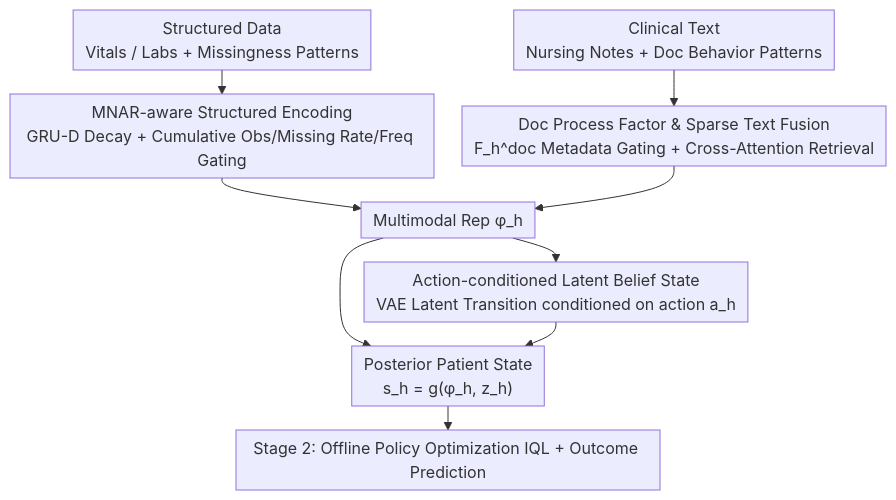
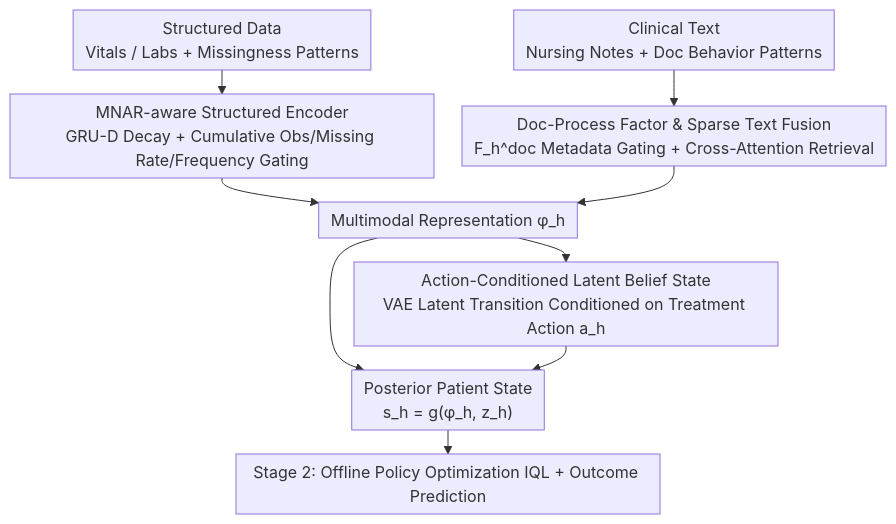
One commit to zhaoyang97/Paper-Notes-en changed the diagram in docs/ACL2026/medical_nlp/learning_dynamic_representations_and_policies_from_multimodal_clinical_time-seri.md. Above: the diagram before and after it, drawn with Mermaid. The commit also changed other lines of this file and 5084 other files, not shown here.

````diff
--- a/docs/ACL2026/medical_nlp/learning_dynamic_representations_and_policies_from_multimodal_clinical_time-seri.md
+++ b/docs/ACL2026/medical_nlp/learning_dynamic_representations_and_policies_from_multimodal_clinical_time-seri.md
@@ -43,12 +43,12 @@
 ```mermaid
 %%{init: {'flowchart': {'rankSpacing': 24, 'nodeSpacing': 28, 'padding': 6, 'wrappingWidth': 400}}}%%
 flowchart TD
-    A["Structured Data<br/>Vitals / Labs + Missingness Patterns"] --> B["MNAR-aware Structured Encoding<br/>GRU-D Decay + Cumulative Obs/Missing Rate/Freq Gating"]
-    T["Clinical Text<br/>Nursing Notes + Doc Behavior Patterns"] --> C["Doc Process Factor & Sparse Text Fusion<br/>F_h^doc Metadata Gating + Cross-Attention Retrieval"]
-    B --> D["Multimodal Rep φ_h"]
+    A["Structured Data<br/>Vitals / Labs + Missingness Patterns"] --> B["MNAR-aware Structured Encoder<br/>GRU-D Decay + Cumulative Obs/Missing Rate/Frequency Gating"]
+    T["Clinical Text<br/>Nursing Notes + Doc Behavior Patterns"] --> C["Doc-Process Factor & Sparse Text Fusion<br/>F_h^doc Metadata Gating + Cross-Attention Retrieval"]
+    B --> D["Multimodal Representation φ_h"]
     C --> D
-    D --> E["Action-conditioned Latent Belief State<br/>VAE Latent Transition conditioned on action a_h"]
+    D --> E["Action-Conditioned Latent Belief State<br/>VAE Latent Transition Conditioned on Treatment Action a_h"]
     D --> F["Posterior Patient State<br/>s_h = g(φ_h, z_h)"]
     E --> F
     F --> G["Stage 2: Offline Policy Optimization IQL + Outcome Prediction"]
 ```
````
